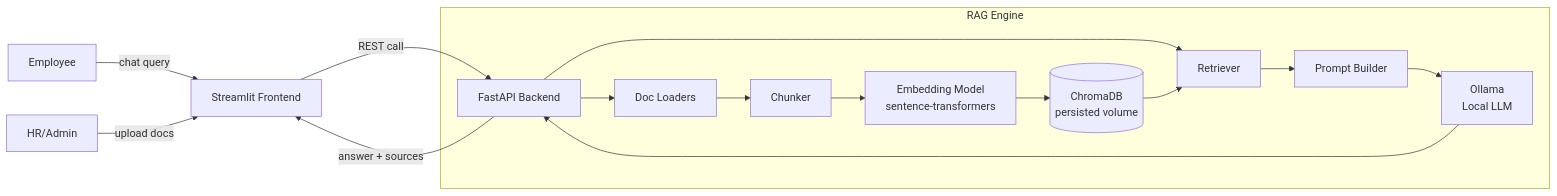
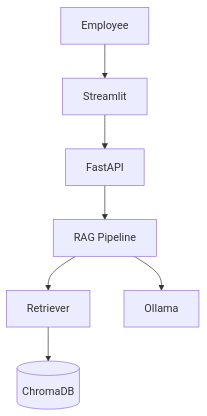
One commit to vijithvt/Sage---Employee-Assistant changed the diagram in README.md. Above: the diagram before and after it, drawn with Mermaid. The commit also changed other lines of this file and 8 other files, not shown here.

````diff
--- a/README.md
+++ b/README.md
@@ -16,18 +46,9 @@
 ```mermaid
-flowchart LR
-    U[Employee] -->|chat query| ST[Streamlit Frontend]
-    ST -->|REST call| API[FastAPI Backend]
-    subgraph RAG Engine
-        API --> LOAD[Doc Loaders]
-        LOAD --> CHUNK[Chunker]
-        CHUNK --> EMB[Embedding Model<br/>sentence-transformers]
-        EMB --> VDB[(ChromaDB<br/>persisted volume)]
-        API --> RET[Retriever]
-        VDB --> RET
-        RET --> PROMPT[Prompt Builder]
-        PROMPT --> OLLAMA[Ollama<br/>Local LLM]
-        OLLAMA --> API
-    end
-    API -->|answer + sources| ST
-    ADMIN[HR/Admin] -->|upload docs| ST
+flowchart TD
+    Employee[Employee] --> Streamlit[Streamlit]
+    Streamlit --> FastAPI[FastAPI]
+    FastAPI --> RAG[RAG Pipeline]
+    RAG --> Retriever[Retriever]
+    Retriever --> ChromaDB[(ChromaDB)]
+    RAG --> Ollama[Ollama]
 ```
````
